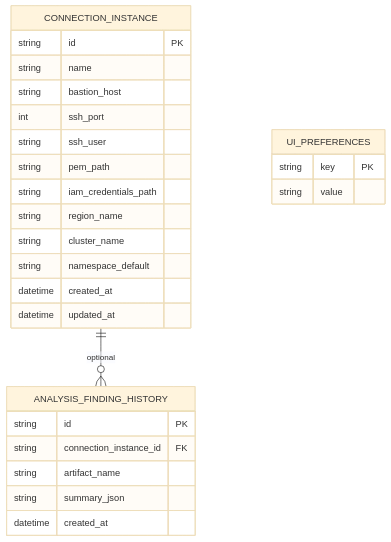
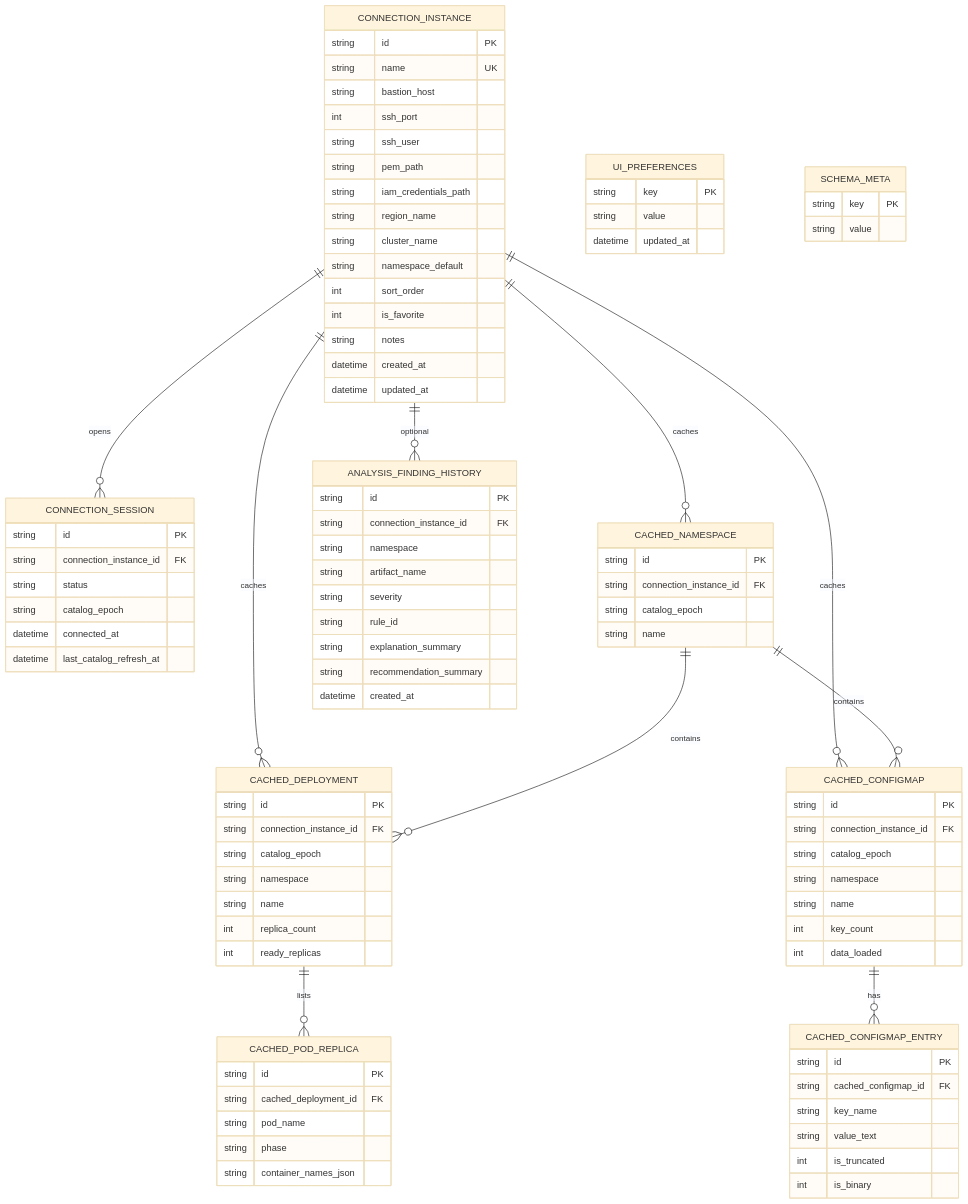
One commit to anibal21/faro changed the diagram in 3-modelo-de-datos.md. Above: the diagram before and after it, drawn with Mermaid (base theme). The commit also changed other lines of this file and 23 other files, not shown here.

````diff
--- a/3-modelo-de-datos.md
+++ b/3-modelo-de-datos.md
@@ -7,9 +18,18 @@
 ```mermaid
 erDiagram
+  CONNECTION_INSTANCE ||--o{ CONNECTION_SESSION : opens
+  CONNECTION_INSTANCE ||--o{ CACHED_NAMESPACE : caches
+  CONNECTION_INSTANCE ||--o{ CACHED_DEPLOYMENT : caches
+  CONNECTION_INSTANCE ||--o{ CACHED_CONFIGMAP : caches
   CONNECTION_INSTANCE ||--o{ ANALYSIS_FINDING_HISTORY : optional
+  CACHED_NAMESPACE ||--o{ CACHED_DEPLOYMENT : contains
+  CACHED_NAMESPACE ||--o{ CACHED_CONFIGMAP : contains
+  CACHED_DEPLOYMENT ||--o{ CACHED_POD_REPLICA : lists
+  CACHED_CONFIGMAP ||--o{ CACHED_CONFIGMAP_ENTRY : has
+
   CONNECTION_INSTANCE {
     string id PK
-    string name
+    string name UK
     string bastion_host
     int ssh_port
     string ssh_user
@@ -18,18 +38,77 @@
     string region_name
     string cluster_name
     string namespace_default
+    int sort_order
+    int is_favorite
+    string notes
     datetime created_at
     datetime updated_at
   }
   UI_PREFERENCES {
     string key PK
     string value
+    datetime updated_at
   }
   ANALYSIS_FINDING_HISTORY {
     string id PK
     string connection_instance_id FK
+    string namespace
     string artifact_name
-    string summary_json
+    string severity
+    string rule_id
+    string explanation_summary
+    string recommendation_summary
     datetime created_at
   }
+  CONNECTION_SESSION {
+    string id PK
+    string connection_instance_id FK
+    string status
+    string catalog_epoch
+    datetime connected_at
+    datetime last_catalog_refresh_at
+  }
+  CACHED_NAMESPACE {
+    string id PK
+    string connection_instance_id FK
+    string catalog_epoch
+    string name
+  }
+  CACHED_DEPLOYMENT {
+    string id PK
+    string connection_instance_id FK
+    string catalog_epoch
+    string namespace
+    string name
+    int replica_count
+    int ready_replicas
+  }
+  CACHED_POD_REPLICA {
+    string id PK
+    string cached_deployment_id FK
+    string pod_name
+    string phase
+    string container_names_json
+  }
+  CACHED_CONFIGMAP {
+    string id PK
+    string connection_instance_id FK
+    string catalog_epoch
+    string namespace
+    string name
+    int key_count
+    int data_loaded
+  }
+  CACHED_CONFIGMAP_ENTRY {
+    string id PK
+    string cached_configmap_id FK
+    string key_name
+    string value_text
+    int is_truncated
+    int is_binary
+  }
+  SCHEMA_META {
+    string key PK
+    string value
+  }
 ```
````
